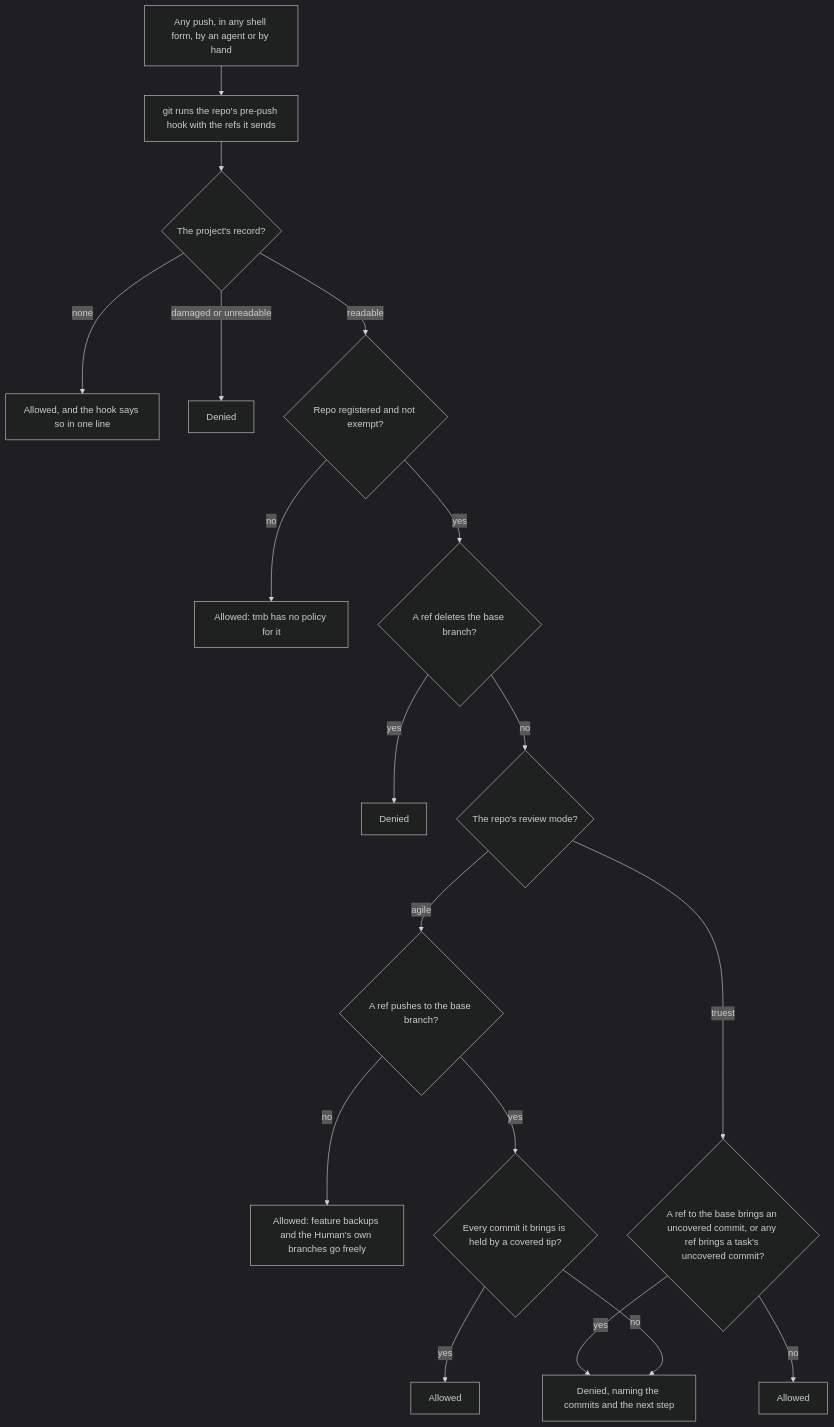
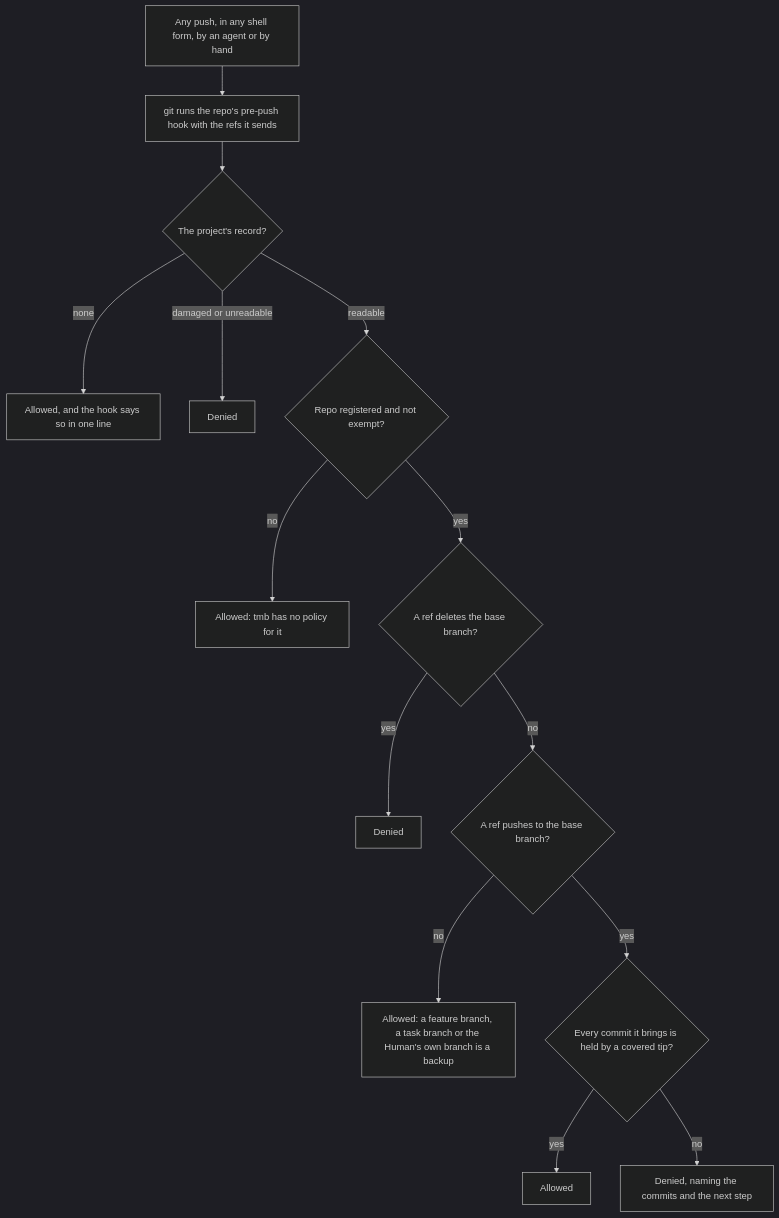
The third of 5 diagrams in docs/flows/3_GIT.md (trustmybot/tmb), drawn with Mermaid (dark theme) before and after one commit. The commit also changed other lines of this file and 11 other files, not shown here.

First line of the commit message:
📝 docs: review gates the merge, the push gate guards the base branch

````diff
--- a/docs/flows/3_GIT.md
+++ b/docs/flows/3_GIT.md
@@ -133,20 +135,16 @@
 ```mermaid
 flowchart TD
     A["Any push, in any shell form, by an agent or by hand"] --> B["git runs the repo's pre-push hook with the refs it sends"]
     B --> C{"The project's record?"}
     C -- none --> N1["Allowed, and the hook says so in one line"]
     C -- "damaged or unreadable" --> X0["Denied"]
     C -- readable --> D{"Repo registered and not exempt?"}
     D -- no --> N2["Allowed: tmb has no policy for it"]
     D -- yes --> E{"A ref deletes the base branch?"}
     E -- yes --> X1["Denied"]
-    E -- no --> M{"The repo's review mode?"}
-    M -- agile --> G{"A ref pushes to the base branch?"}
-    G -- no --> OK1["Allowed: feature backups and the Human's own branches go freely"]
+    E -- no --> G{"A ref pushes to the base branch?"}
+    G -- no --> OK1["Allowed: a feature branch, a task branch or the Human's own branch is a backup"]
     G -- yes --> I{"Every commit it brings is held by a covered tip?"}
-    M -- truest --> H{"A ref to the base brings an uncovered commit, or any ref brings a task's uncovered commit?"}
-    H -- no --> OK2["Allowed"]
-    H -- yes --> X2["Denied, naming the commits and the next step"]
     I -- yes --> OK3["Allowed"]
-    I -- no --> X2
+    I -- no --> X2["Denied, naming the commits and the next step"]
 ```
````
